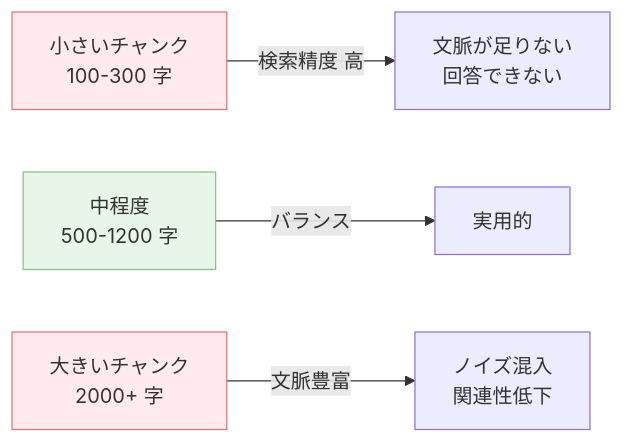
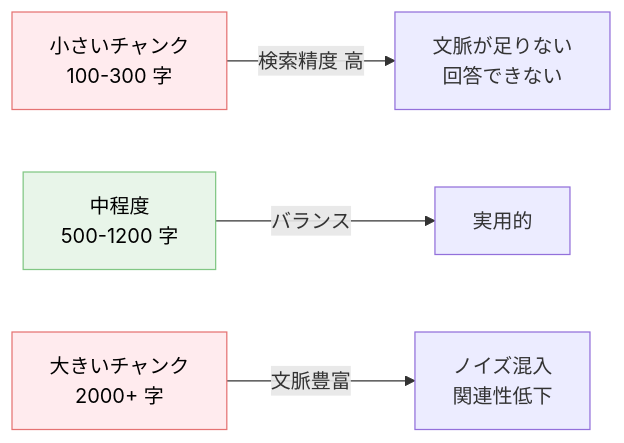
Before and after one commit to dinekt/dinekt-wiki: the first of 2 diagrams in docs/techniques/rag-のチャンクサイズを選ぶ基準.md, drawn with Mermaid. The commit also changed other lines of this file and 71 other files, not shown here.

First line of the commit message:
fix: mermaid readability + remove GitHub repo toolbar

````diff
--- a/docs/techniques/rag-のチャンクサイズを選ぶ基準.md
+++ b/docs/techniques/rag-のチャンクサイズを選ぶ基準.md
@@ -25,10 +25,10 @@
 ```mermaid
 flowchart LR
     S[小さいチャンク<br/>100-300 字] -->|検索精度 高| P1[文脈が足りない<br/>回答できない]
     M[中程度<br/>500-1200 字] -->|バランス| P2[実用的]
     L[大きいチャンク<br/>2000+ 字] -->|文脈豊富| P3[ノイズ混入<br/>関連性低下]
 
-    style S fill:#ffebee,stroke:#e57373
-    style M fill:#e8f5e9,stroke:#81c784
-    style L fill:#ffebee,stroke:#e57373
+    style S fill:#ffebee,stroke:#e57373,color:#000
+    style M fill:#e8f5e9,stroke:#81c784,color:#000
+    style L fill:#ffebee,stroke:#e57373,color:#000
 ```
````
